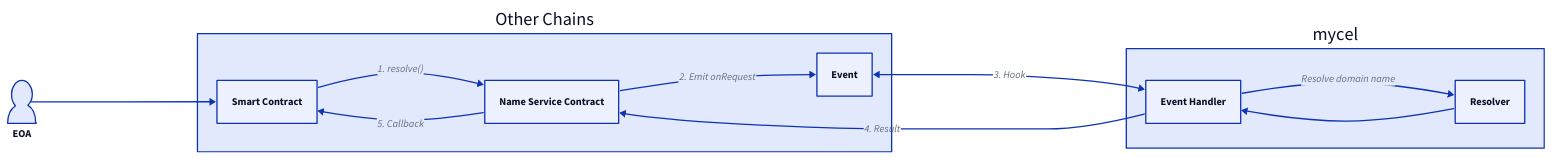
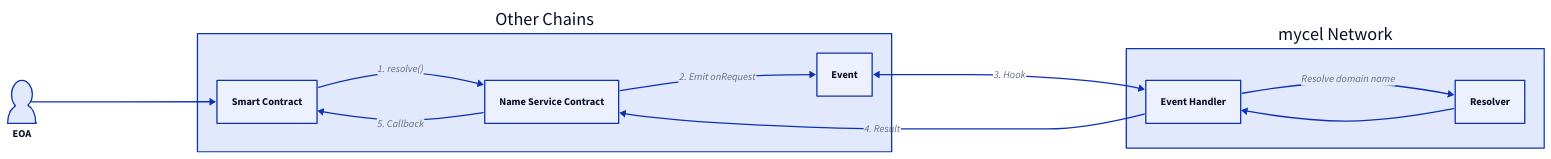
Before and after one commit to mycel-labs/mycel-docs: the diagram in docs/assets/nsc.d2, drawn with D2. The commit also changed 6 other files, not shown here.

```diff
--- a/docs/assets/nsc.d2
+++ b/docs/assets/nsc.d2
@@ -1,22 +1,22 @@
 direction: right
 otherChains: Other Chains{
   "userContract": Smart Contract
   "NSC": Name Service Contract
 
   userContract -> NSC: 1. resolve()
   NSC -> Event: 2. Emit onRequest
   NSC -> userContract: 5. Callback
 }
 
-mycel{
+mycel: mycel Network{
   eventHandler: Event Handler
   Resolver
 
   eventHandler -> Resolver : Resolve domain name
   Resolver -> eventHandler
 
 }
 EOA.shape:person
 EOA -> otherChains.userContract 
 otherChains.Event <-> mycel.eventHandler : 3. Hook
 mycel.eventHandler -> otherChains.NSC : 4. Result
```
